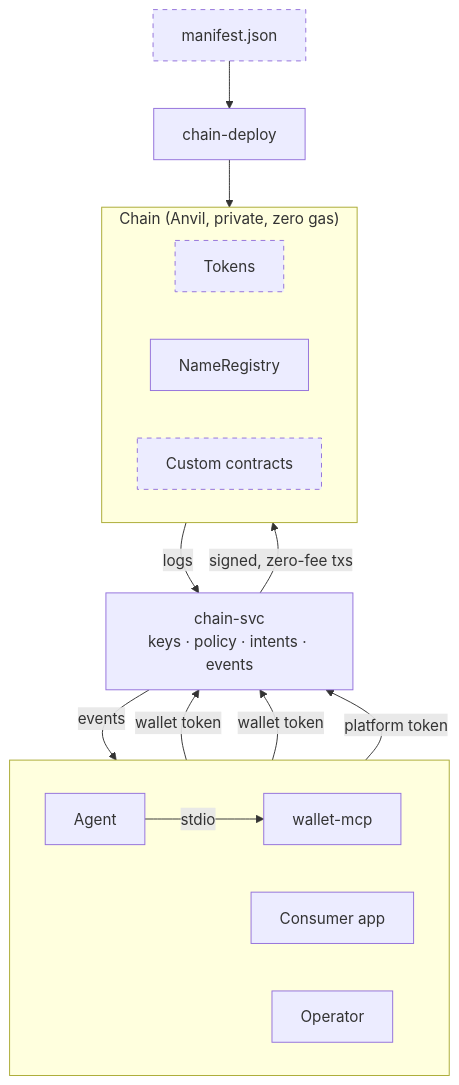
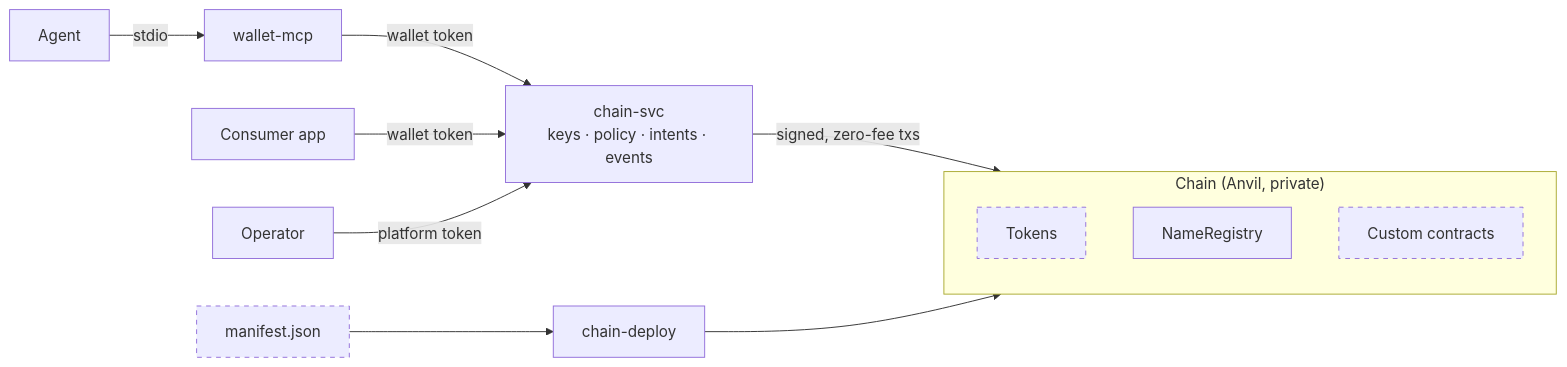
One commit to ASolidBPlus/agent-chain changed the first of 2 diagrams in README.md. Above: the diagram before and after it, drawn with Mermaid. The commit also changed other lines of this file, not shown here.

Commit message:
README: component map left to right, fewer crossing edges

````diff
--- a/README.md
+++ b/README.md
@@ -31,25 +33,17 @@
 ```mermaid
-flowchart TB
-  subgraph callers[" "]
-    direction LR
-    A[Agent] -- stdio --> W[wallet-mcp]
-    U[Consumer app]
-    O[Operator]
-  end
-  S["chain-svc<br/>keys · policy · intents · events"]
+flowchart LR
+  A[Agent] -- stdio --> W[wallet-mcp]
   W -- wallet token --> S
-  U -- wallet token --> S
-  O -- platform token --> S
-  subgraph chain["Chain (Anvil, private, zero gas)"]
-    direction LR
+  U[Consumer app] -- wallet token --> S
+  O[Operator] -- platform token --> S
+  S["chain-svc<br/>keys · policy · intents · events"] -- signed, zero-fee txs --> chain
+  subgraph chain["Chain (Anvil, private)"]
+    direction TB
     T[Tokens]
     N[NameRegistry]
     X[Custom contracts]
   end
-  S -- signed, zero-fee txs --> chain
-  chain -- logs --> S
-  S -- events --> O
   M[manifest.json] --> D[chain-deploy] --> chain
   classDef next stroke-dasharray: 5 5
   class M,T,X next
 ```
````
